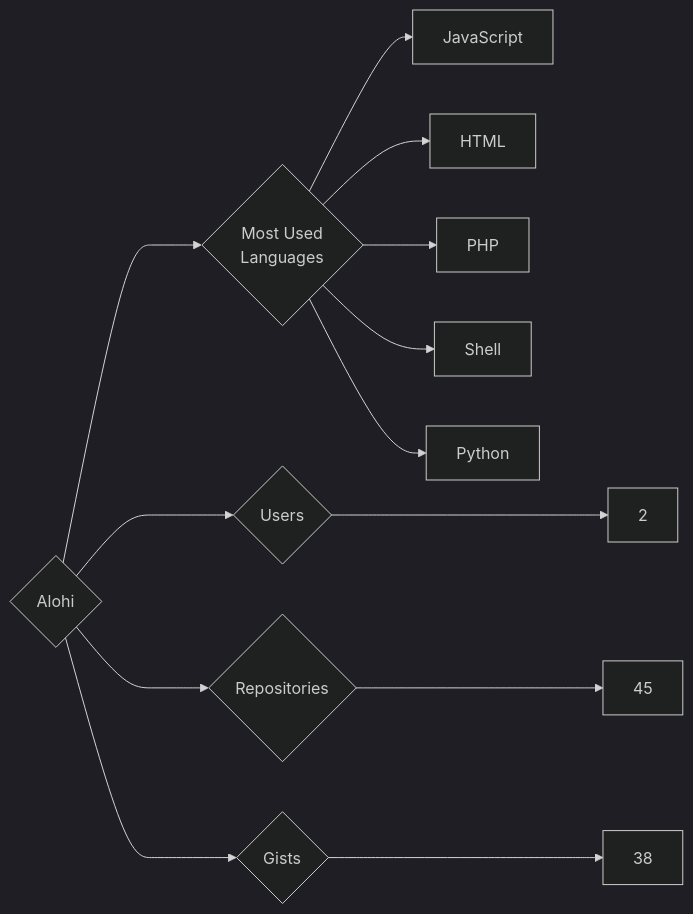
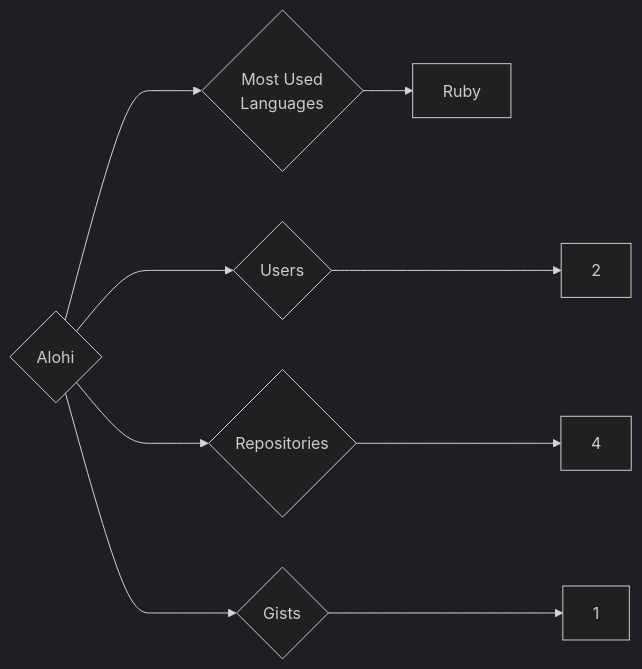
The diagram in targets/Alohi/README.md (trickest/insiders), drawn with Mermaid (dark theme) before and after one commit. The commit also changed 633 other files, not shown here.

````diff
--- a/targets/Alohi/README.md
+++ b/targets/Alohi/README.md
@@ -3,13 +3,9 @@
 ```mermaid
 graph LR
 COMPANY_NAME{Alohi}
 COMPANY_NAME ---> U{Users} ---> UN[2]
-COMPANY_NAME ---> R{Repositories} ---> RN[45]
-COMPANY_NAME ---> G{Gists} ---> GN[38]
+COMPANY_NAME ---> R{Repositories} ---> RN[4]
+COMPANY_NAME ---> G{Gists} ---> GN[1]
 COMPANY_NAME ---> ML{Most Used<br>Languages}
-ML --> JavaScript[JavaScript]
-ML --> HTML[HTML]
-ML --> PHP[PHP]
-ML --> Shell[Shell]
-ML --> Python[Python]
+ML --> Ruby[Ruby]
 ```
````
